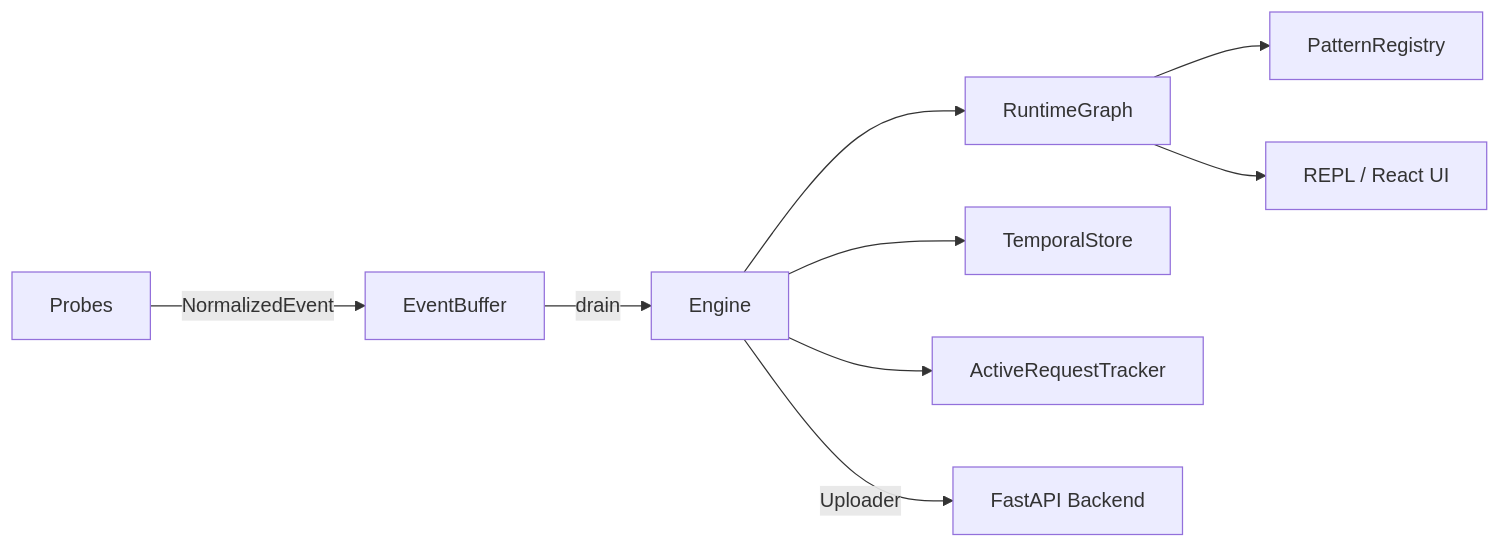
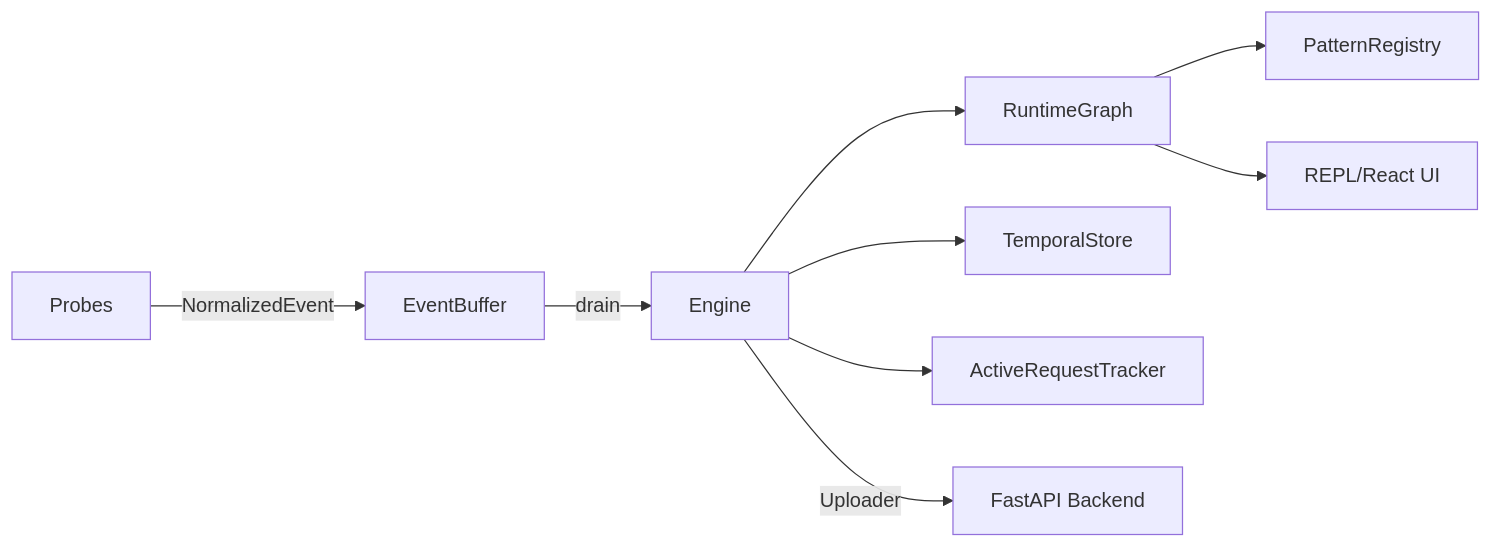
One commit to Humbulani1234/origintracer changed the diagram in docs/index.md. Above: the diagram before and after it, drawn with Mermaid. The commit also changed other lines of this file and 8 other files, not shown here.

````diff
--- a/docs/index.md
+++ b/docs/index.md
@@ -85,11 +86,11 @@
 ```mermaid
 graph LR
     A[Probes] -->|NormalizedEvent| B[EventBuffer]
     B -->|drain| C[Engine]
     C --> D[RuntimeGraph]
     C --> E[TemporalStore]
     C --> F[ActiveRequestTracker]
     D --> G[PatternRegistry]
-    D --> H[REPL / React UI]
+    D --> H[REPL/React UI]
     C -->|Uploader| I[FastAPI Backend]
 ```
````
